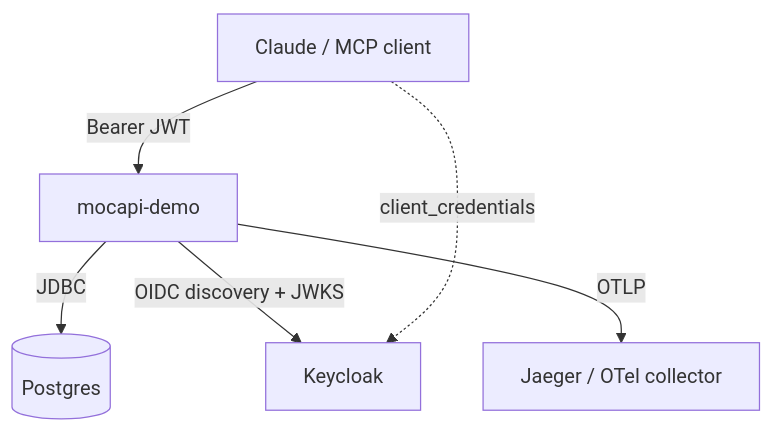
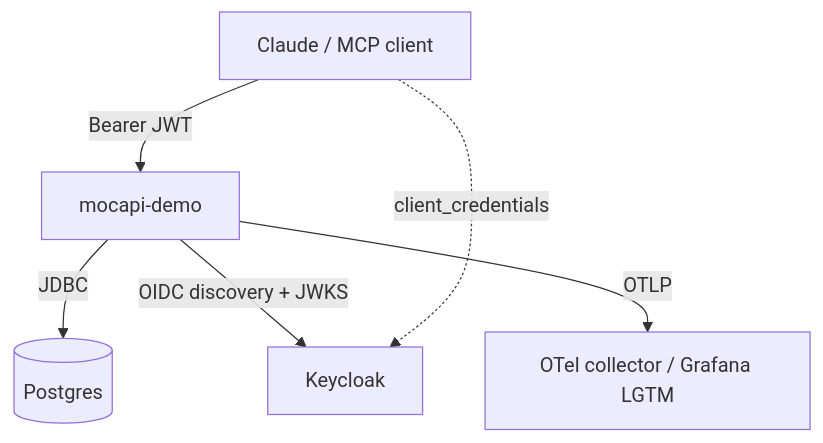
The first of 2 diagrams in README.md (callibrity/mocapi-enterprise-demo), drawn with Mermaid before and after one commit. The commit also changed other lines of this file and 2 other files, not shown here.

First line of the commit message:
Replace Jaeger with grafana/otel-lgtm so all three OTLP signals land

````diff
--- a/README.md
+++ b/README.md
@@ -295,8 +305,8 @@
 ```mermaid
 flowchart TD
   llm[Claude / MCP client] -->|Bearer JWT| app[mocapi-demo]
   app -->|JDBC| pg[(Postgres)]
   app -->|OIDC discovery + JWKS| kc[Keycloak]
-  app -->|OTLP| otel[Jaeger / OTel collector]
+  app -->|OTLP| otel[OTel collector / Grafana LGTM]
   llm -.->|client_credentials| kc
 ```
````
